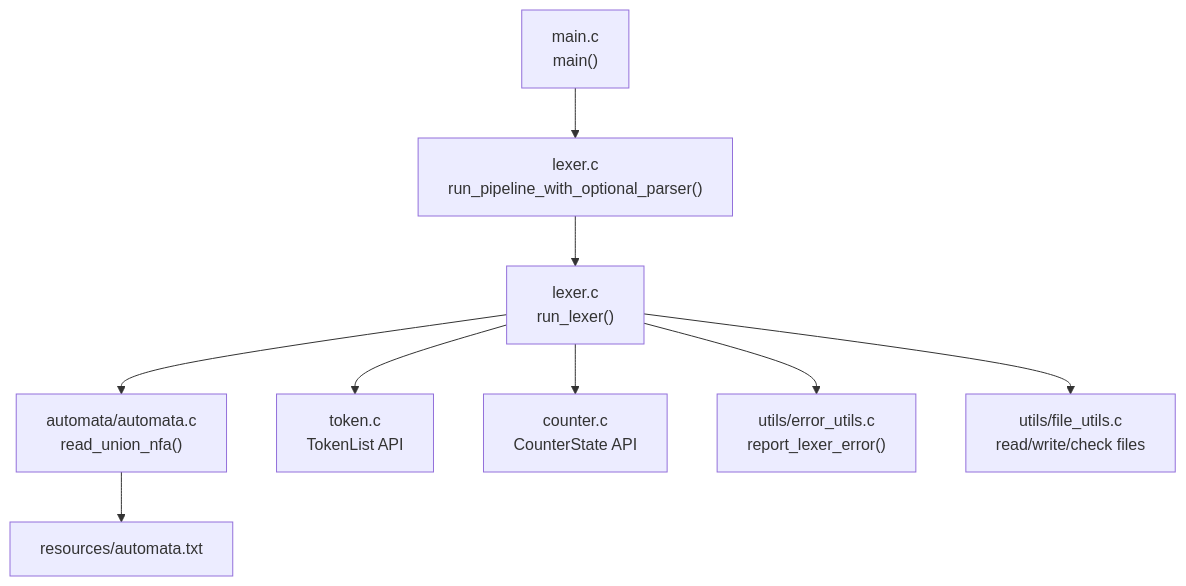
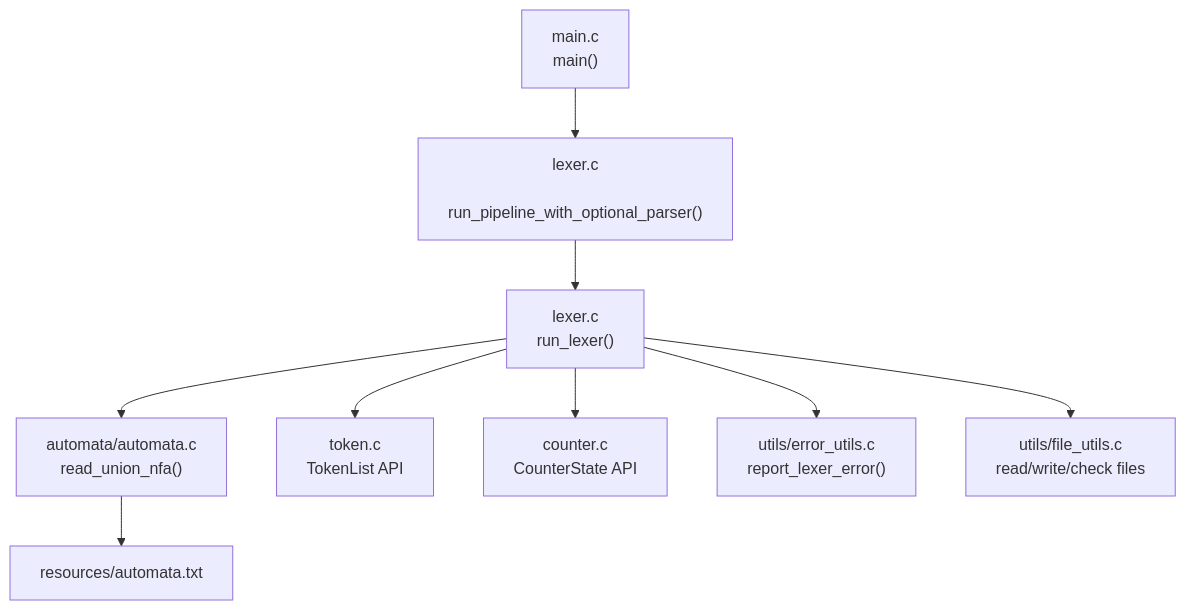
Before and after one commit to TtVicens41/compilers-group-GF: the first of 4 diagrams in p2lx/Module Diagrams.md, drawn with Mermaid. The commit also changed other lines of this file, not shown here.

Commit message:
Format and update module diagrams removing \n

````diff
--- a/p2lx/Module Diagrams.md
+++ b/p2lx/Module Diagrams.md
@@ -8,11 +8,19 @@
 ```mermaid
 graph TD
-    A["main.c\nmain()"] --> B["lexer.c\nrun_pipeline_with_optional_parser()"]
-    B --> C["lexer.c\nrun_lexer()"]
-    C --> D["automata/automata.c\nread_union_nfa()"]
-    C --> E["token.c\nTokenList API"]
-    C --> F["counter.c\nCounterState API"]
-    C --> G["utils/error_utils.c\nreport_lexer_error()"]
-    C --> H["utils/file_utils.c\nread/write/check files"]
+    A["main.c
+    main()"] --> B["lexer.c
+    run_pipeline_with_optional_parser()"]
+    B --> C["lexer.c
+    run_lexer()"]
+    C --> D["automata/automata.c
+    read_union_nfa()"]
+    C --> E["token.c
+    TokenList API"]
+    C --> F["counter.c
+    CounterState API"]
+    C --> G["utils/error_utils.c
+    report_lexer_error()"]
+    C --> H["utils/file_utils.c
+    read/write/check files"]
     D --> I["resources/automata.txt"]
 ```
````
